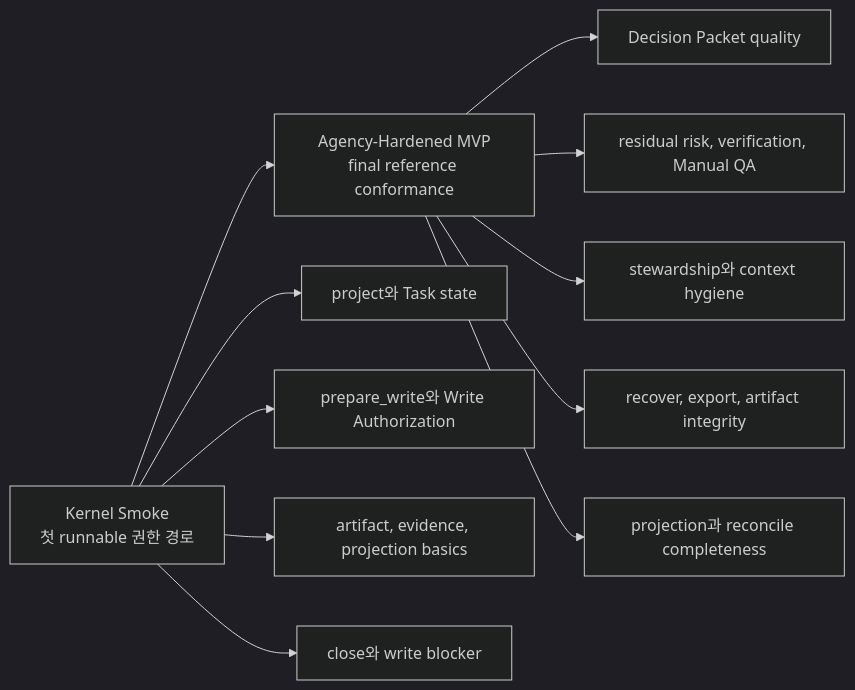
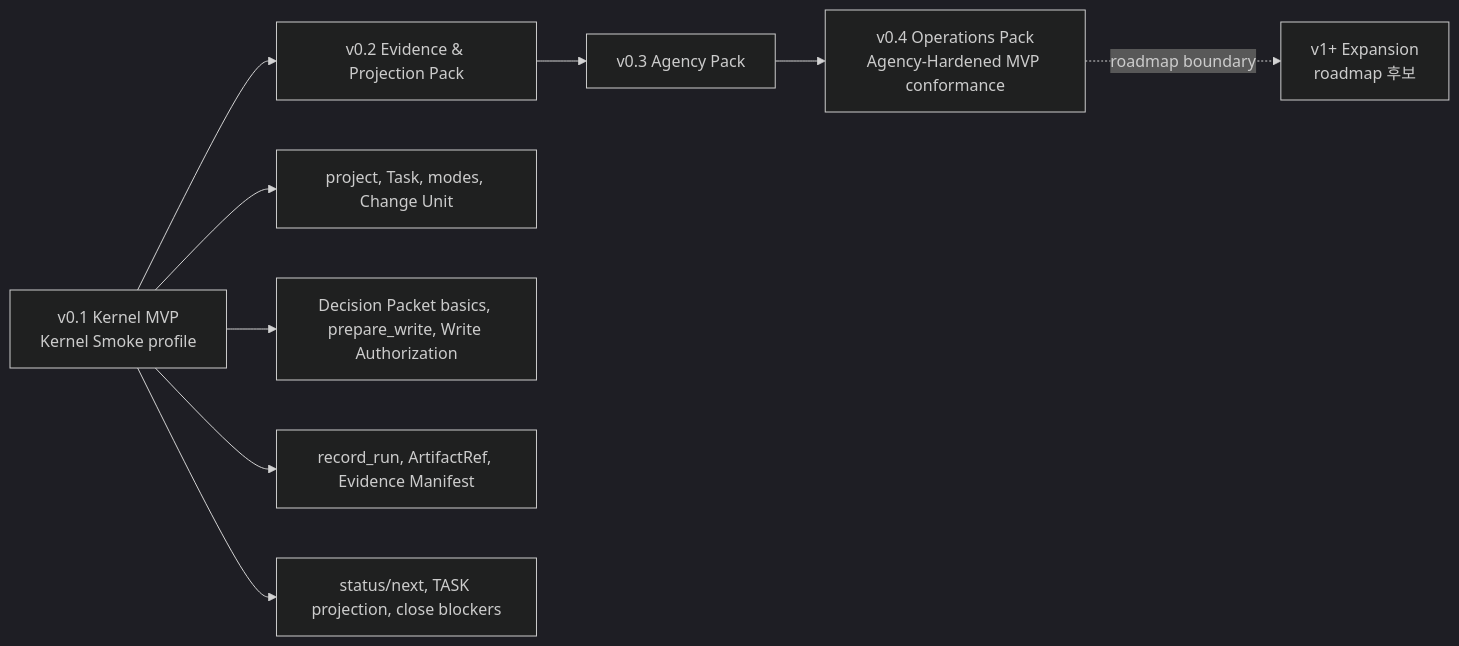
Before and after one commit to minjungw00/Harness_Project: the second of 14 diagrams in docs/ko/reference/operations-and-conformance.md, drawn with Mermaid (dark theme). The commit also changed other lines of this file and 19 other files, not shown here.

Commit message:
docs: split MVP into kernel and agency packs

````diff
--- a/docs/ko/reference/operations-and-conformance.md
+++ b/docs/ko/reference/operations-and-conformance.md
@@ -144,13 +144,11 @@
 ```mermaid
 flowchart LR
-  Kernel["Kernel Smoke<br/>첫 runnable 권한 경로"] --> Harden["Agency-Hardened MVP<br/>final reference conformance"]
-  Kernel --> K1["project와 Task state"]
-  Kernel --> K2["prepare_write와 Write Authorization"]
-  Kernel --> K3["artifact, evidence, projection basics"]
-  Kernel --> K4["close와 write blocker"]
-  Harden --> H1["Decision Packet quality"]
-  Harden --> H2["residual risk, verification, Manual QA"]
-  Harden --> H3["stewardship와 context hygiene"]
-  Harden --> H4["recover, export, artifact integrity"]
-  Harden --> H5["projection과 reconcile completeness"]
+  Kernel["v0.1 Kernel MVP<br/>Kernel Smoke profile"] --> Evidence["v0.2 Evidence & Projection Pack"]
+  Evidence --> Agency["v0.3 Agency Pack"]
+  Agency --> Ops["v0.4 Operations Pack<br/>Agency-Hardened MVP conformance"]
+  Ops -. "roadmap boundary" .-> Expansion["v1+ Expansion<br/>roadmap 후보"]
+  Kernel --> K1["project, Task, modes, Change Unit"]
+  Kernel --> K2["Decision Packet basics, prepare_write, Write Authorization"]
+  Kernel --> K3["record_run, ArtifactRef, Evidence Manifest"]
+  Kernel --> K4["status/next, TASK projection, close blockers"]
 ```
````
